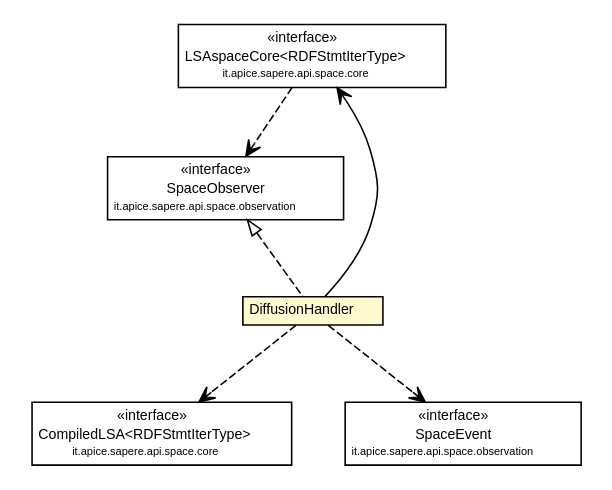
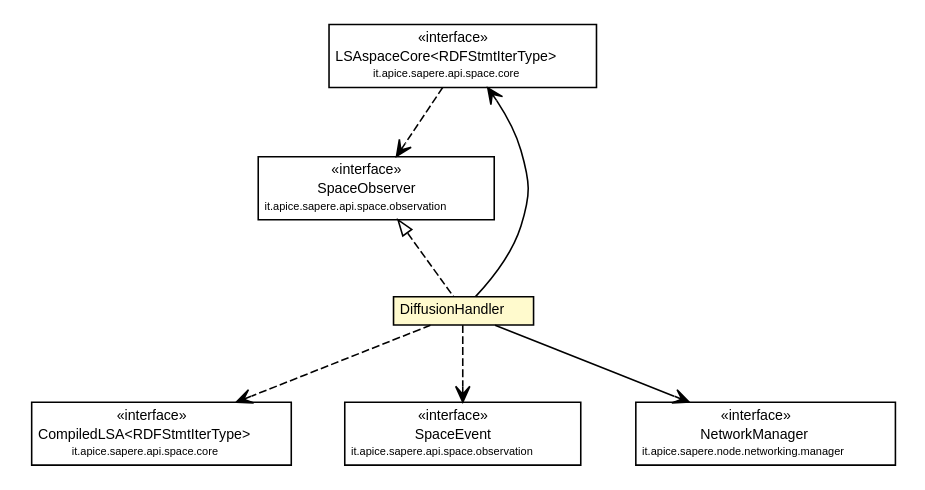
The diagram in deployed-site/apidocs/it/apice/sapere/management/impl/DiffusionHandler.dot (DanySK/Legacy-Contessi-Thesis-Semantic-Web-SAPERE), drawn with Graphviz before and after one commit. The commit also changed 2251 other files, not shown here.

```diff
--- a/deployed-site/apidocs/it/apice/sapere/management/impl/DiffusionHandler.dot
+++ b/deployed-site/apidocs/it/apice/sapere/management/impl/DiffusionHandler.dot
@@ -1,58 +1,68 @@
 #!/usr/local/bin/dot
 #
 # Class diagram 
 # Generated by UmlGraph version 4.4 (http://www.spinellis.gr/sw/umlgraph)
 #
 
 digraph G {
 	edge [fontname="Helvetica",fontsize=10,labelfontname="Helvetica",labelfontsize=10];
 	node [fontname="Helvetica",fontsize=10,shape=plaintext];
 	// it.apice.sapere.api.space.core.LSAspaceCore<RDFStmtIterType>
-	c63657 [label=<<table border="0" cellborder="1" cellspacing="0" cellpadding="2" port="p" href="../../api/space/core/LSAspaceCore.html">
+	c70969 [label=<<table border="0" cellborder="1" cellspacing="0" cellpadding="2" port="p" href="../../api/space/core/LSAspaceCore.html">
 		<tr><td><table border="0" cellspacing="0" cellpadding="1">
 			<tr><td> &laquo;interface&raquo; </td></tr>
 			<tr><td> LSAspaceCore&lt;RDFStmtIterType&gt; </td></tr>
 			<tr><td><font point-size="7.0"> it.apice.sapere.api.space.core </font></td></tr>
 		</table></td></tr>
 		</table>>, fontname="Helvetica", fontcolor="black", fontsize=9.0];
 	// it.apice.sapere.api.space.core.CompiledLSA<RDFStmtIterType>
-	c63660 [label=<<table border="0" cellborder="1" cellspacing="0" cellpadding="2" port="p" href="../../api/space/core/CompiledLSA.html">
+	c70972 [label=<<table border="0" cellborder="1" cellspacing="0" cellpadding="2" port="p" href="../../api/space/core/CompiledLSA.html">
 		<tr><td><table border="0" cellspacing="0" cellpadding="1">
 			<tr><td> &laquo;interface&raquo; </td></tr>
 			<tr><td> CompiledLSA&lt;RDFStmtIterType&gt; </td></tr>
 			<tr><td><font point-size="7.0"> it.apice.sapere.api.space.core </font></td></tr>
 		</table></td></tr>
 		</table>>, fontname="Helvetica", fontcolor="black", fontsize=9.0];
 	// it.apice.sapere.api.space.observation.SpaceObserver
-	c63673 [label=<<table border="0" cellborder="1" cellspacing="0" cellpadding="2" port="p" href="../../api/space/observation/SpaceObserver.html">
+	c70985 [label=<<table border="0" cellborder="1" cellspacing="0" cellpadding="2" port="p" href="../../api/space/observation/SpaceObserver.html">
 		<tr><td><table border="0" cellspacing="0" cellpadding="1">
 			<tr><td> &laquo;interface&raquo; </td></tr>
 			<tr><td> SpaceObserver </td></tr>
 			<tr><td><font point-size="7.0"> it.apice.sapere.api.space.observation </font></td></tr>
 		</table></td></tr>
 		</table>>, fontname="Helvetica", fontcolor="black", fontsize=9.0];
 	// it.apice.sapere.api.space.observation.SpaceEvent
-	c63674 [label=<<table border="0" cellborder="1" cellspacing="0" cellpadding="2" port="p" href="../../api/space/observation/SpaceEvent.html">
+	c70986 [label=<<table border="0" cellborder="1" cellspacing="0" cellpadding="2" port="p" href="../../api/space/observation/SpaceEvent.html">
 		<tr><td><table border="0" cellspacing="0" cellpadding="1">
 			<tr><td> &laquo;interface&raquo; </td></tr>
 			<tr><td> SpaceEvent </td></tr>
 			<tr><td><font point-size="7.0"> it.apice.sapere.api.space.observation </font></td></tr>
 		</table></td></tr>
 		</table>>, fontname="Helvetica", fontcolor="black", fontsize=9.0];
 	// it.apice.sapere.management.impl.DiffusionHandler
-	c63761 [label=<<table border="0" cellborder="1" cellspacing="0" cellpadding="2" port="p" bgcolor="lemonChiffon" href="./DiffusionHandler.html">
+	c71073 [label=<<table border="0" cellborder="1" cellspacing="0" cellpadding="2" port="p" bgcolor="lemonChiffon" href="./DiffusionHandler.html">
 		<tr><td><table border="0" cellspacing="0" cellpadding="1">
 			<tr><td> DiffusionHandler </td></tr>
 		</table></td></tr>
 		</table>>, fontname="Helvetica", fontcolor="black", fontsize=9.0];
+	// it.apice.sapere.node.networking.manager.NetworkManager
+	c71096 [label=<<table border="0" cellborder="1" cellspacing="0" cellpadding="2" port="p" href="../../node/networking/manager/NetworkManager.html">
+		<tr><td><table border="0" cellspacing="0" cellpadding="1">
+			<tr><td> &laquo;interface&raquo; </td></tr>
+			<tr><td> NetworkManager </td></tr>
+			<tr><td><font point-size="7.0"> it.apice.sapere.node.networking.manager </font></td></tr>
+		</table></td></tr>
+		</table>>, fontname="Helvetica", fontcolor="black", fontsize=9.0];
 	//it.apice.sapere.management.impl.DiffusionHandler implements it.apice.sapere.api.space.observation.SpaceObserver
-	c63673:p -> c63761:p [dir=back,arrowtail=empty,style=dashed];
+	c70985:p -> c71073:p [dir=back,arrowtail=empty,style=dashed];
 	// it.apice.sapere.management.impl.DiffusionHandler NAVASSOC it.apice.sapere.api.space.core.LSAspaceCore<RDFStmtIterType>
-	c63761:p -> c63657:p [taillabel="", label="", headlabel="", fontname="Helvetica", fontcolor="black", fontsize=10.0, color="black", arrowhead=open];
+	c71073:p -> c70969:p [taillabel="", label="", headlabel="", fontname="Helvetica", fontcolor="black", fontsize=10.0, color="black", arrowhead=open];
+	// it.apice.sapere.management.impl.DiffusionHandler NAVASSOC it.apice.sapere.node.networking.manager.NetworkManager
+	c71073:p -> c71096:p [taillabel="", label="", headlabel="", fontname="Helvetica", fontcolor="black", fontsize=10.0, color="black", arrowhead=open];
 	// it.apice.sapere.api.space.core.LSAspaceCore<RDFStmtIterType> DEPEND it.apice.sapere.api.space.observation.SpaceObserver
-	c63657:p -> c63673:p [taillabel="", label="", headlabel="", fontname="Helvetica", fontcolor="black", fontsize=10.0, color="black", arrowhead=open, style=dashed];
+	c70969:p -> c70985:p [taillabel="", label="", headlabel="", fontname="Helvetica", fontcolor="black", fontsize=10.0, color="black", arrowhead=open, style=dashed];
 	// it.apice.sapere.management.impl.DiffusionHandler DEPEND it.apice.sapere.api.space.core.CompiledLSA<RDFStmtIterType>
-	c63761:p -> c63660:p [taillabel="", label="", headlabel="", fontname="Helvetica", fontcolor="black", fontsize=10.0, color="black", arrowhead=open, style=dashed];
+	c71073:p -> c70972:p [taillabel="", label="", headlabel="", fontname="Helvetica", fontcolor="black", fontsize=10.0, color="black", arrowhead=open, style=dashed];
 	// it.apice.sapere.management.impl.DiffusionHandler DEPEND it.apice.sapere.api.space.observation.SpaceEvent
-	c63761:p -> c63674:p [taillabel="", label="", headlabel="", fontname="Helvetica", fontcolor="black", fontsize=10.0, color="black", arrowhead=open, style=dashed];
+	c71073:p -> c70986:p [taillabel="", label="", headlabel="", fontname="Helvetica", fontcolor="black", fontsize=10.0, color="black", arrowhead=open, style=dashed];
 }
```
